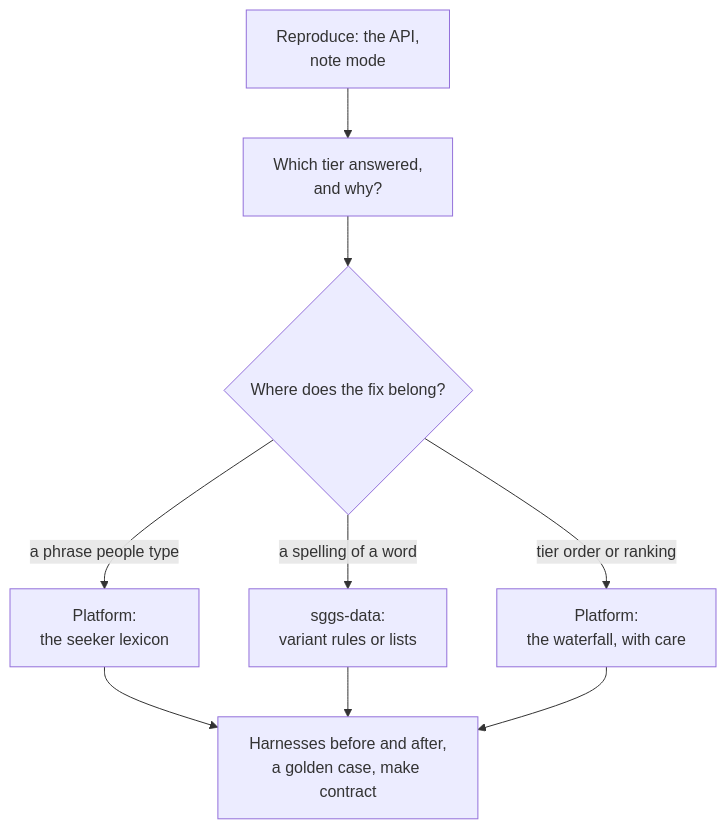
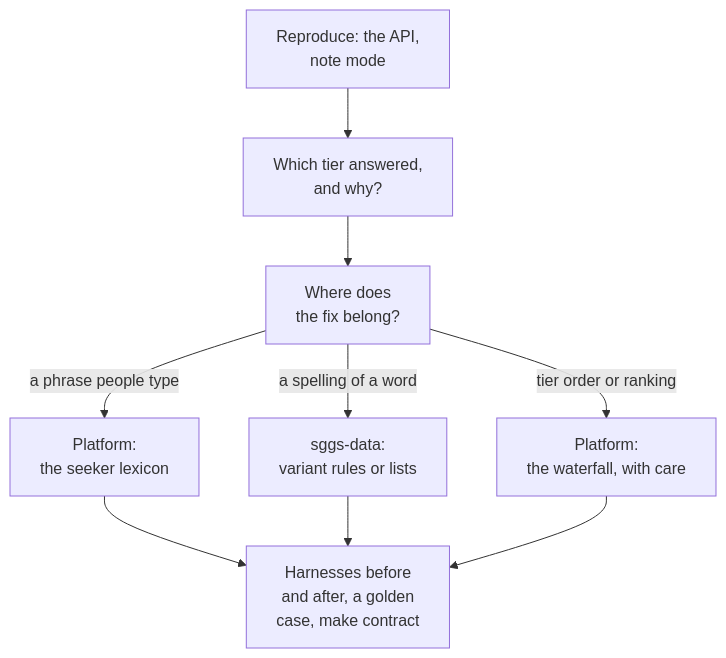
The diagram in docs/search/debugging-a-search-result.md (Algorythmos-AI/sggs-platform), drawn with Mermaid before and after one commit. The commit also changed 2 other files, not shown here.

Commit message:
docs(wiki): diagram labels fit their boxes

````diff
--- a/docs/search/debugging-a-search-result.md
+++ b/docs/search/debugging-a-search-result.md
@@ -17,13 +17,13 @@
 ```mermaid
 flowchart TB
     accTitle: The debugging loop for a search result
     accDescr: Reproduce the query against the API and note the mode, which names the tier that answered. Inspect that tier in process: the fold, the variants and the lexicon for the words. Decide where the fix belongs: the lexicon in the platform, or spellings in sggs-data. Measure the harnesses before and after, add the query to the golden contract, and open a pull request only if recall holds corpus-wide.
     r[Reproduce: the API,<br/>note mode] --> t[Which tier answered,<br/>and why?]
-    t --> f{Where does the fix belong?}
+    t --> f[Where does<br/>the fix belong?]
     f -->|a phrase people type| lex[Platform:<br/>the seeker lexicon]
     f -->|a spelling of a word| data[sggs-data:<br/>variant rules or lists]
     f -->|tier order or ranking| code[Platform:<br/>the waterfall, with care]
-    lex --> p[Harnesses before and after,<br/>a golden case, make contract]
+    lex --> p[Harnesses before<br/>and after, a golden<br/>case, make contract]
     data --> p
     code --> p
 ```
````
